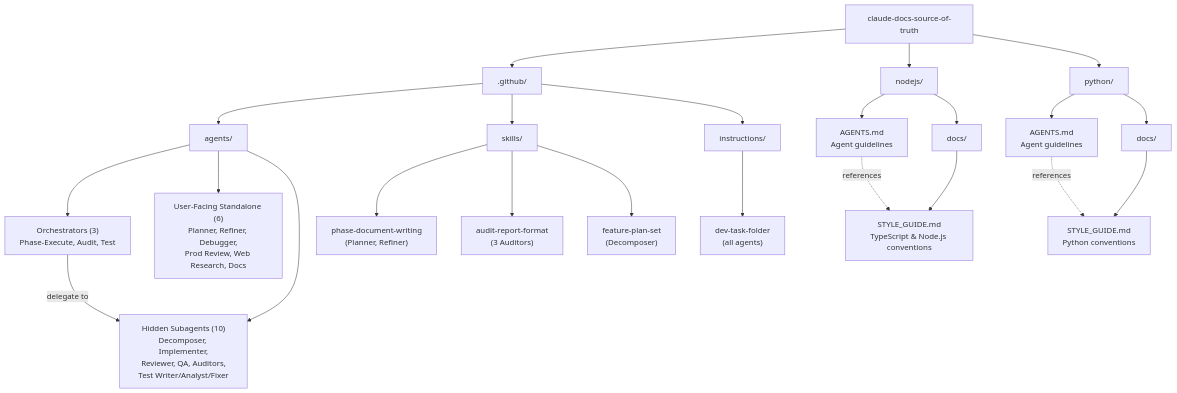
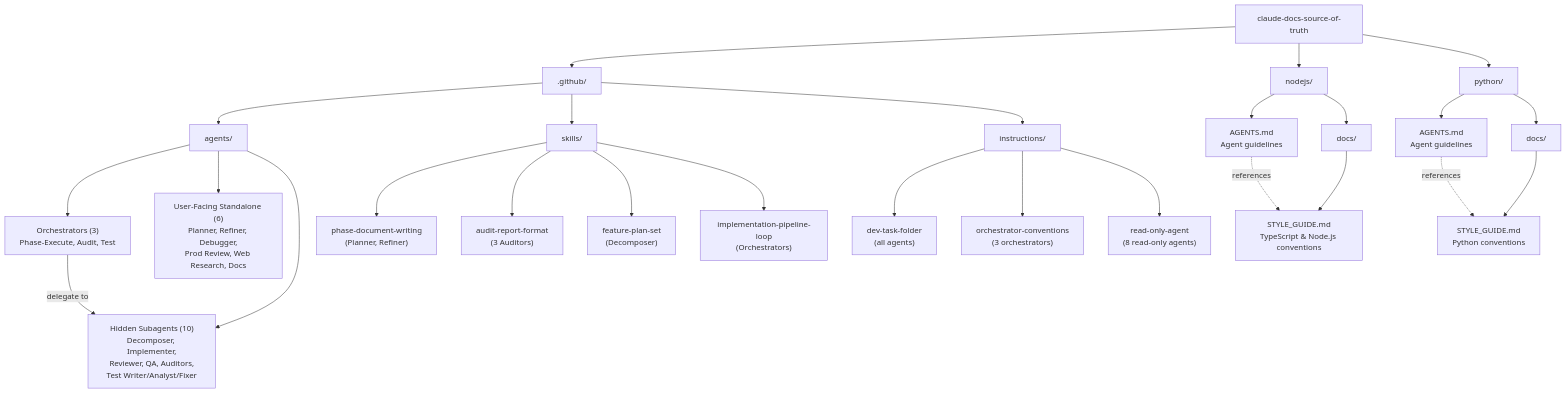
Before and after one commit to threnjen/thren-agentic-workflows: the first of 3 diagrams in docs/ARCHITECTURE.md, drawn with Mermaid. The commit also changed other lines of this file and 22 other files, not shown here.

````diff
--- a/docs/ARCHITECTURE.md
+++ b/docs/ARCHITECTURE.md
@@ -13,33 +13,36 @@
 ```mermaid
 flowchart TD
     Root[claude-docs-source-of-truth]
     Root --> GH[.github/]
     Root --> NodeDir[nodejs/]
     Root --> PyDir[python/]
 
     GH --> Agents[agents/]
     GH --> Skills[skills/]
     GH --> Instructions[instructions/]
 
     Agents --> Orchestrators["Orchestrators (3)\n Phase-Execute, Audit, Test"]
     Agents --> UserAgents["User-Facing Standalone (6)\nPlanner, Refiner, Debugger,\nProd Review, Web Research, Docs"]
     Agents --> Subagents["Hidden Subagents (10)\nDecomposer, Implementer,\nReviewer, QA, Auditors,\nTest Writer/Analyst/Fixer"]
     Orchestrators -->|delegate to| Subagents
 
     Skills --> S1["phase-document-writing\n(Planner, Refiner)"]
     Skills --> S2["audit-report-format\n(3 Auditors)"]
     Skills --> S3["feature-plan-set\n(Decomposer)"]
+    Skills --> S4["implementation-pipeline-loop\n(Orchestrators)"]
 
     Instructions --> I1["dev-task-folder\n(all agents)"]
+    Instructions --> I2["orchestrator-conventions\n(3 orchestrators)"]
+    Instructions --> I3["read-only-agent\n(8 read-only agents)"]
 
     NodeDir --> NodeAgents[AGENTS.md<br/>Agent guidelines]
     NodeDir --> NodeDocs[docs/]
     NodeDocs --> NodeStyle[STYLE_GUIDE.md<br/>TypeScript & Node.js conventions]
 
     PyDir --> PyAgents[AGENTS.md<br/>Agent guidelines]
     PyDir --> PyDocs[docs/]
     PyDocs --> PyStyle[STYLE_GUIDE.md<br/>Python conventions]
 
     NodeAgents -. "references" .-> NodeStyle
     PyAgents -. "references" .-> PyStyle
 ```
````
